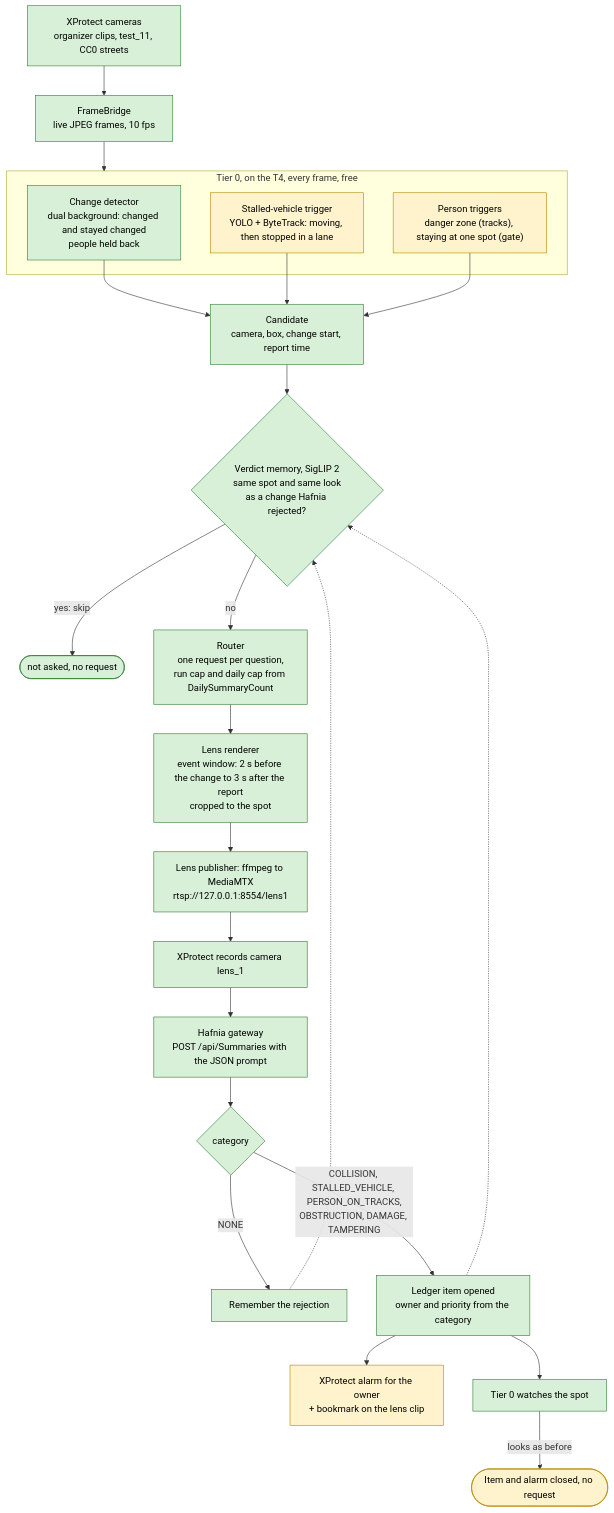
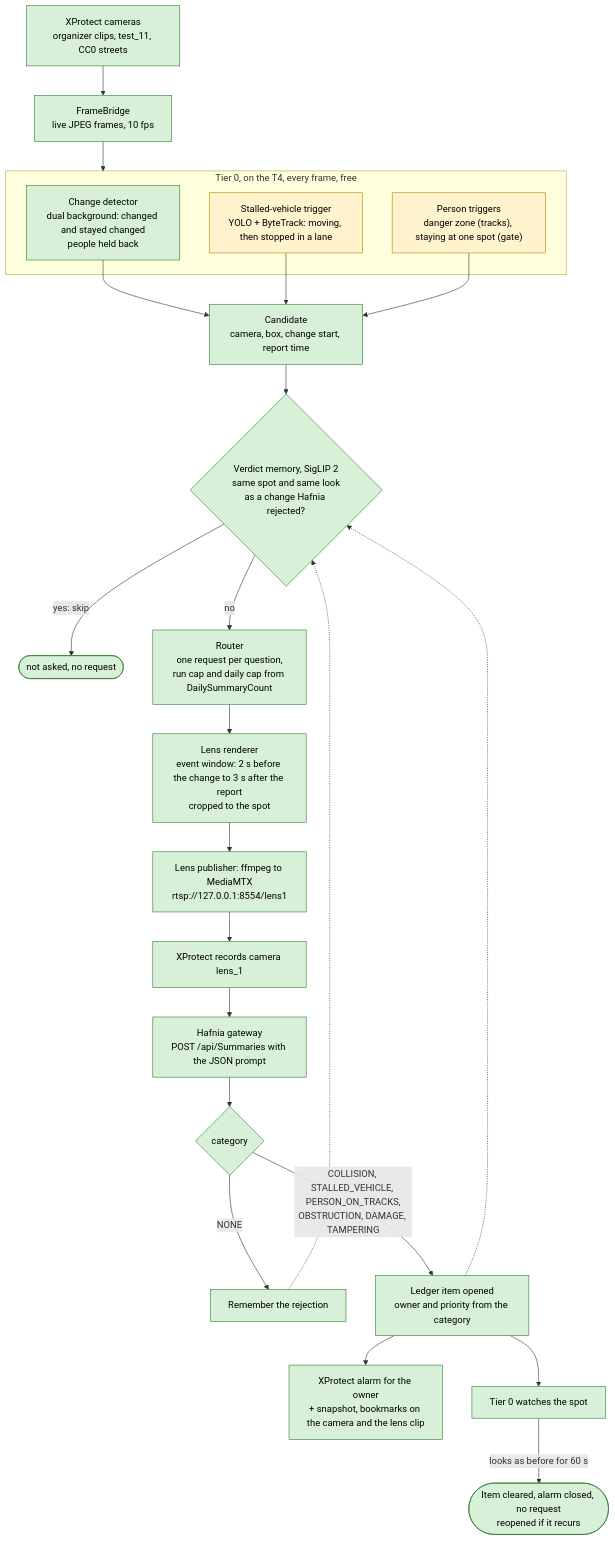
One commit to 1ho0jin1/clearway-hafnia changed the diagram in docs/PLAN-C.md. Above: the diagram before and after it, drawn with Mermaid. The commit also changed other lines of this file and 20 other files, not shown here.

First line of the commit message:
XProtect alarms and bookmarks (F3): one alarm per incident, auto-close, reopen

````diff
--- a/docs/PLAN-C.md
+++ b/docs/PLAN-C.md
@@ -54,35 +54,35 @@
 ```mermaid
 flowchart TD
     CAM["XProtect cameras<br/>organizer clips, test_11, CC0 streets"] --> FB["FrameBridge<br/>live JPEG frames, 10 fps"]
     FB --> T0
 
     subgraph T0["Tier 0, on the T4, every frame, free"]
         CD["Change detector<br/>dual background: changed and stayed changed<br/>people held back"]
         SV["Stalled-vehicle trigger<br/>YOLO + ByteTrack: moving, then stopped in a lane"]
         PT["Person triggers<br/>danger zone (tracks), staying at one spot (gate)"]
     end
 
     CD --> CAND["Candidate<br/>camera, box, change start, report time"]
     SV --> CAND
     PT --> CAND
     CAND --> MEM{"Verdict memory, SigLIP 2<br/>same spot and same look<br/>as a change Hafnia rejected?"}
     MEM -- "yes: skip" --> DROP(["not asked, no request"])
     MEM -- no --> RT["Router<br/>one request per question,<br/>run cap and daily cap from DailySummaryCount"]
     RT --> LENS["Lens renderer<br/>event window: 2 s before the change to 3 s after the report<br/>cropped to the spot"]
     LENS --> PUB["Lens publisher: ffmpeg to MediaMTX<br/>rtsp://127.0.0.1:8554/lens1"]
     PUB --> L1["XProtect records camera lens_1"]
     L1 --> GW["Hafnia gateway<br/>POST /api/Summaries with the JSON prompt"]
     GW --> ANS{"category"}
     ANS -- NONE --> REJ["Remember the rejection"]
     REJ -.-> MEM
     ANS -- "COLLISION, STALLED_VEHICLE, PERSON_ON_TRACKS,<br/>OBSTRUCTION, DAMAGE, TAMPERING" --> ITEM["Ledger item opened<br/>owner and priority from the category"]
-    ITEM --> ALARM["XProtect alarm for the owner<br/>+ bookmark on the lens clip"]
+    ITEM --> ALARM["XProtect alarm for the owner<br/>+ snapshot, bookmarks on the camera and the lens clip"]
     ITEM -.-> MEM
     ITEM --> WATCH["Tier 0 watches the spot"]
-    WATCH -- "looks as before" --> CLOSE(["Item and alarm closed, no request"])
+    WATCH -- "looks as before for 60 s" --> CLOSE(["Item cleared, alarm closed, no request<br/>reopened if it recurs"])
 
     classDef built fill:#d8f0d8,stroke:#2e7d32,color:#000
     classDef planned fill:#fff3cd,stroke:#b38600,color:#000
-    class CAM,FB,CD,CAND,MEM,DROP,RT,LENS,PUB,L1,GW,ANS,REJ,ITEM,WATCH built
-    class SV,PT,ALARM,CLOSE planned
+    class CAM,FB,CD,CAND,MEM,DROP,RT,LENS,PUB,L1,GW,ANS,REJ,ITEM,WATCH,ALARM,CLOSE built
+    class SV,PT planned
 ```
````
